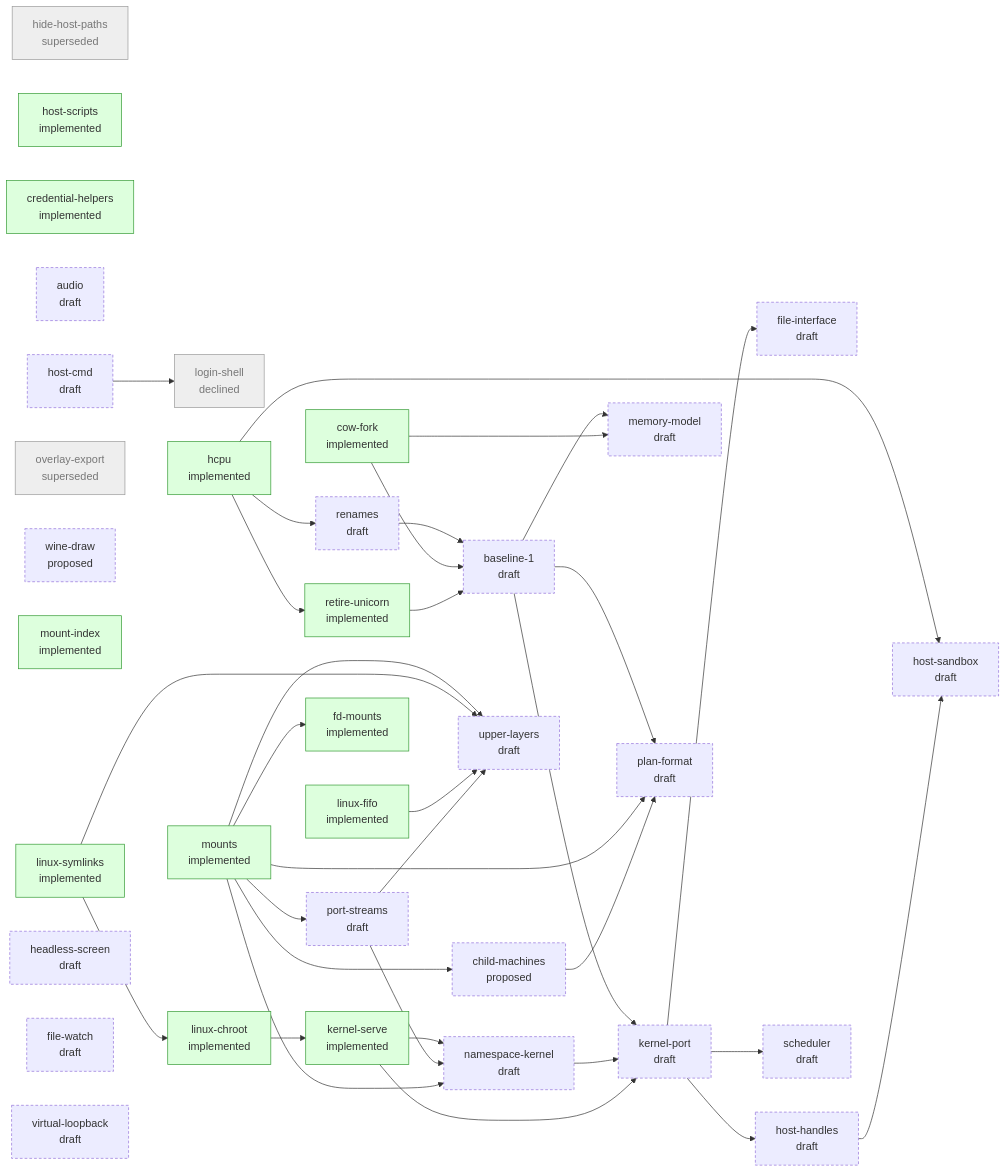
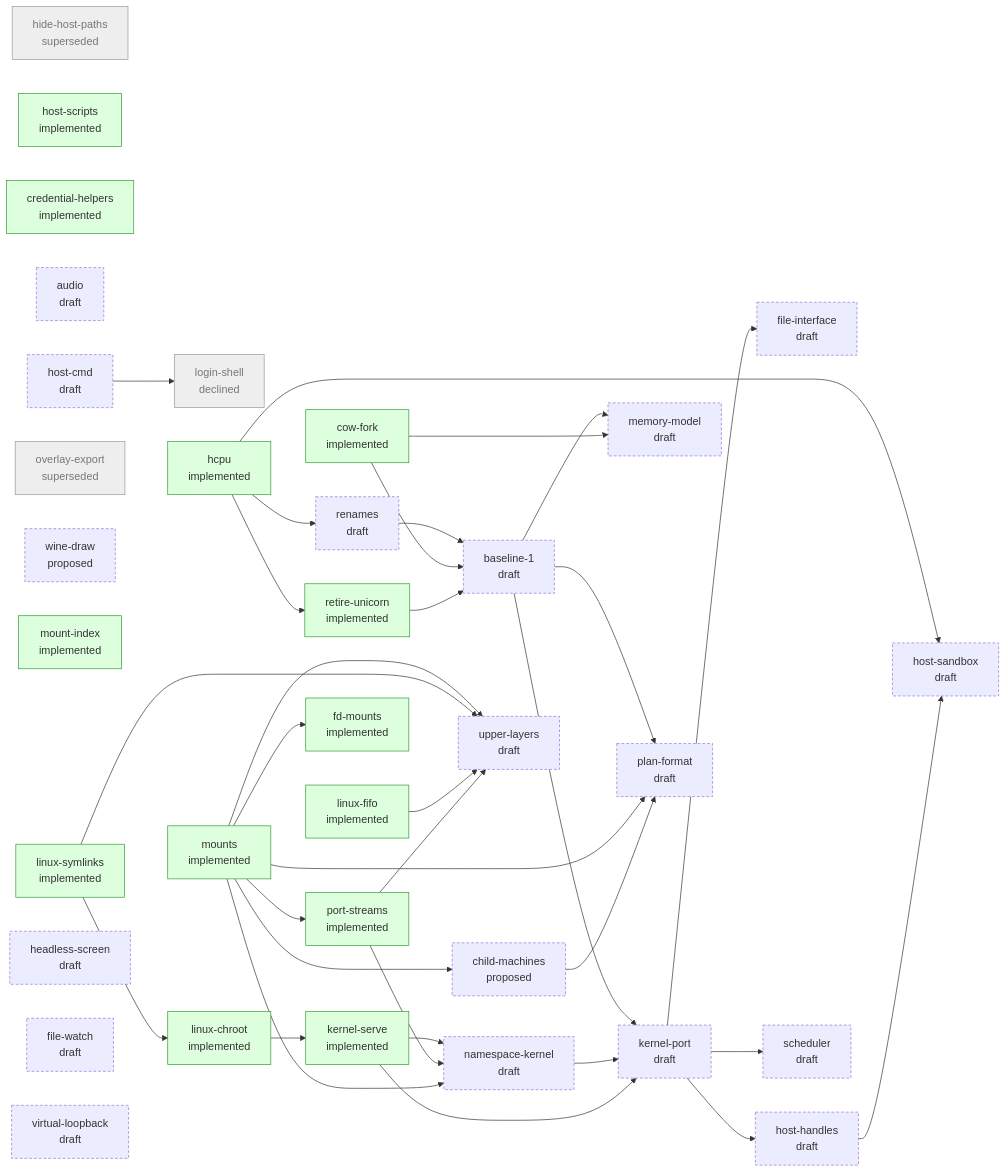
One commit to progrium/hyper9 changed the diagram in design/STATUS.md. Above: the diagram before and after it, drawn with Mermaid. The commit also changed other lines of this file, not shown here.

````diff
--- a/design/STATUS.md
+++ b/design/STATUS.md
@@ -44,72 +44,72 @@
 ```mermaid
 flowchart LR
   classDef draft stroke-dasharray: 4 3
   classDef accepted stroke-width: 2px
   classDef implemented fill:#dfd,stroke:#393
   classDef closed fill:#eee,stroke:#999,color:#777
   p_hide_host_paths["hide-host-paths<br/>superseded"]:::closed
   p_host_sandbox["host-sandbox<br/>draft"]:::draft
   p_host_scripts["host-scripts<br/>implemented"]:::implemented
   p_credential_helpers["credential-helpers<br/>implemented"]:::implemented
   p_audio["audio<br/>draft"]:::draft
   p_host_cmd["host-cmd<br/>draft"]:::draft
   p_overlay_export["overlay-export<br/>superseded"]:::closed
   p_login_shell["login-shell<br/>declined"]:::closed
   p_child_machines["child-machines<br/>proposed"]:::draft
   p_cow_fork["cow-fork<br/>implemented"]:::implemented
   p_wine_draw["wine-draw<br/>proposed"]:::draft
   p_mount_index["mount-index<br/>implemented"]:::implemented
   p_hcpu["hcpu<br/>implemented"]:::implemented
   p_kernel_serve["kernel-serve<br/>implemented"]:::implemented
   p_namespace_kernel["namespace-kernel<br/>draft"]:::draft
-  p_port_streams["port-streams<br/>draft"]:::draft
+  p_port_streams["port-streams<br/>implemented"]:::implemented
   p_linux_fifo["linux-fifo<br/>implemented"]:::implemented
   p_mounts["mounts<br/>implemented"]:::implemented
   p_baseline_1["baseline-1<br/>draft"]:::draft
   p_file_interface["file-interface<br/>draft"]:::draft
   p_host_handles["host-handles<br/>draft"]:::draft
   p_kernel_port["kernel-port<br/>draft"]:::draft
   p_linux_symlinks["linux-symlinks<br/>implemented"]:::implemented
   p_memory_model["memory-model<br/>draft"]:::draft
   p_plan_format["plan-format<br/>draft"]:::draft
   p_renames["renames<br/>draft"]:::draft
   p_retire_unicorn["retire-unicorn<br/>implemented"]:::implemented
   p_scheduler["scheduler<br/>draft"]:::draft
   p_fd_mounts["fd-mounts<br/>implemented"]:::implemented
   p_upper_layers["upper-layers<br/>draft"]:::draft
   p_headless_screen["headless-screen<br/>draft"]:::draft
   p_file_watch["file-watch<br/>draft"]:::draft
   p_linux_chroot["linux-chroot<br/>implemented"]:::implemented
   p_virtual_loopback["virtual-loopback<br/>draft"]:::draft
   p_hcpu --> p_host_sandbox
   p_host_handles --> p_host_sandbox
   p_host_cmd --> p_login_shell
   p_mounts --> p_child_machines
   p_linux_chroot --> p_kernel_serve
   p_kernel_serve --> p_namespace_kernel
   p_port_streams --> p_namespace_kernel
   p_mounts --> p_namespace_kernel
   p_mounts --> p_port_streams
   p_renames --> p_baseline_1
   p_cow_fork --> p_baseline_1
   p_retire_unicorn --> p_baseline_1
   p_kernel_port --> p_file_interface
   p_kernel_port --> p_host_handles
   p_baseline_1 --> p_kernel_port
   p_namespace_kernel --> p_kernel_port
   p_kernel_serve --> p_kernel_port
   p_baseline_1 --> p_memory_model
   p_cow_fork --> p_memory_model
   p_baseline_1 --> p_plan_format
   p_mounts --> p_plan_format
   p_child_machines --> p_plan_format
   p_hcpu --> p_renames
   p_hcpu --> p_retire_unicorn
   p_kernel_port --> p_scheduler
   p_mounts --> p_fd_mounts
   p_mounts --> p_upper_layers
   p_linux_symlinks --> p_upper_layers
   p_linux_fifo --> p_upper_layers
   p_port_streams --> p_upper_layers
   p_linux_symlinks --> p_linux_chroot
 ```
````
